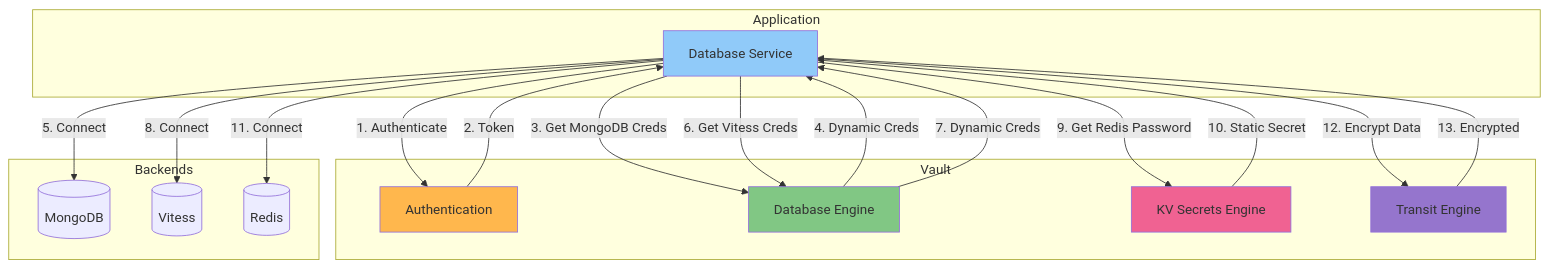
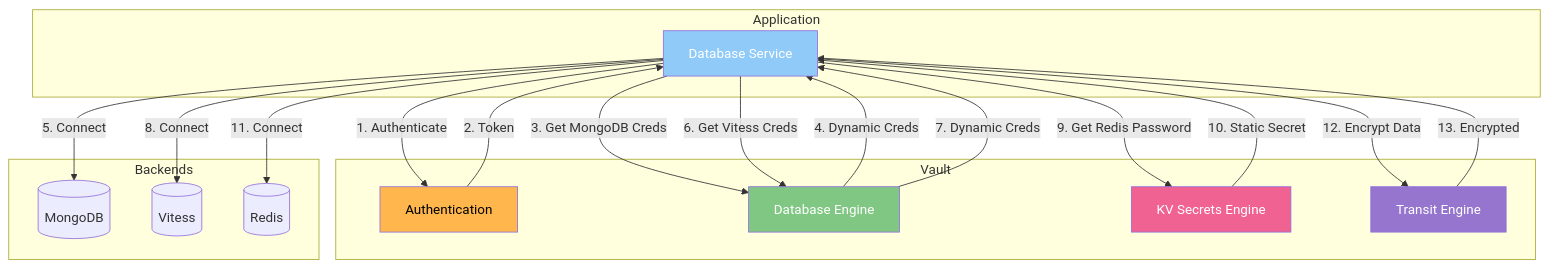
The first of 10 diagrams in docs/VAULT_INTEGRATION.md (YouSangSon/database-service), drawn with Mermaid before and after one commit. The commit also changed other lines of this file and 1 other file, not shown here.

First line of the commit message:
Fix Mermaid diagram text colors for better readability

````diff
--- a/docs/VAULT_INTEGRATION.md
+++ b/docs/VAULT_INTEGRATION.md
@@ -18,43 +18,43 @@
 ```mermaid
 graph TB
     subgraph "Application"
         APP[Database Service]
     end
 
     subgraph "Vault"
         AUTH[Authentication]
         DB_ENGINE[Database Engine]
         KV_ENGINE[KV Secrets Engine]
         TRANSIT_ENGINE[Transit Engine]
     end
 
     subgraph "Backends"
         MONGO[(MongoDB)]
         VITESS[(Vitess)]
         REDIS[(Redis)]
     end
 
     APP -->|1. Authenticate| AUTH
     AUTH -->|2. Token| APP
 
     APP -->|3. Get MongoDB Creds| DB_ENGINE
     DB_ENGINE -->|4. Dynamic Creds| APP
     APP -->|5. Connect| MONGO
 
     APP -->|6. Get Vitess Creds| DB_ENGINE
     DB_ENGINE -->|7. Dynamic Creds| APP
     APP -->|8. Connect| VITESS
 
     APP -->|9. Get Redis Password| KV_ENGINE
     KV_ENGINE -->|10. Static Secret| APP
     APP -->|11. Connect| REDIS
 
     APP -->|12. Encrypt Data| TRANSIT_ENGINE
     TRANSIT_ENGINE -->|13. Encrypted| APP
 
-    style APP fill:#90caf9
-    style AUTH fill:#ffb74d
-    style DB_ENGINE fill:#81c784
-    style KV_ENGINE fill:#f06292
-    style TRANSIT_ENGINE fill:#9575cd
+    style APP fill:#90caf9,color:#fff
+    style AUTH fill:#ffb74d,color:#000
+    style DB_ENGINE fill:#81c784,color:#fff
+    style KV_ENGINE fill:#f06292,color:#fff
+    style TRANSIT_ENGINE fill:#9575cd,color:#fff
 ```
````
